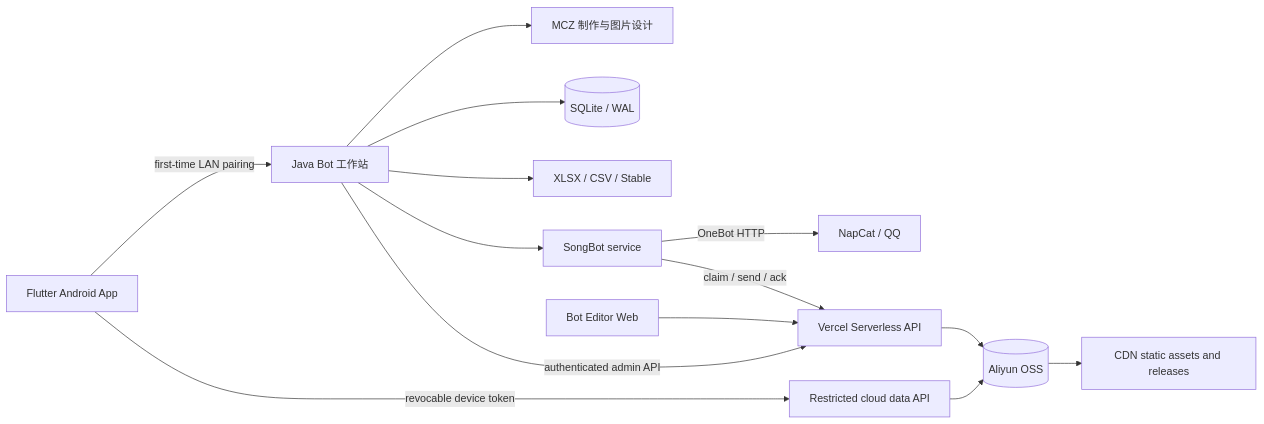
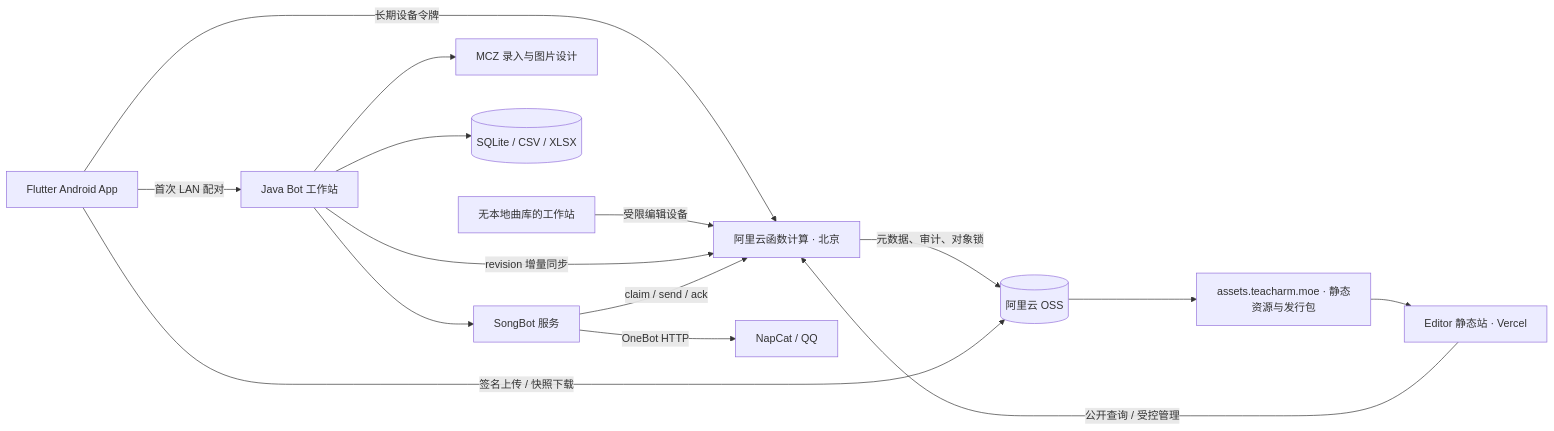
Before and after one commit to Liccha/Bot-Workstation: the diagram in README.md, drawn with Mermaid. The commit also changed other lines of this file and 107 other files, not shown here.

Commit message:
Update public architecture to domestic cloud data plane

````diff
--- a/README.md
+++ b/README.md
@@ -21,16 +23,17 @@
 ```mermaid
 flowchart LR
-    Mobile[Flutter Android App] -->|first-time LAN pairing| Workstation[Java Bot 工作站]
-    Mobile -->|revocable device token| MobileAPI[Restricted cloud data API]
-    MobileAPI --> OSS
-    Workstation --> MCZ[MCZ 制作与图片设计]
-    Workstation --> SQLite[(SQLite / WAL)]
-    Workstation --> Stable[XLSX / CSV / Stable]
-    Workstation --> SongBot[SongBot service]
+    Mobile[Flutter Android App] -->|首次 LAN 配对| Workstation[Java Bot 工作站]
+    Mobile -->|长期设备令牌| FC[阿里云函数计算 · 北京]
+    Web[Editor 静态站 · Vercel] -->|公开查询 / 受控管理| FC
+    Portable[无本地曲库的工作站] -->|受限编辑设备| FC
+    Workstation --> MCZ[MCZ 录入与图片设计]
+    Workstation --> Local[(SQLite / CSV / XLSX)]
+    Workstation -->|revision 增量同步| FC
+    Workstation --> SongBot[SongBot 服务]
     SongBot -->|OneBot HTTP| NapCat[NapCat / QQ]
-    Web[Bot Editor Web] --> API[Vercel Serverless API]
-    Workstation -->|authenticated admin API| API
-    SongBot -->|claim / send / ack| API
-    API --> OSS[(Aliyun OSS)]
-    OSS --> CDN[CDN static assets and releases]
+    SongBot -->|claim / send / ack| FC
+    FC -->|元数据、审计、对象锁| OSS[(阿里云 OSS)]
+    Mobile -->|签名上传 / 快照下载| OSS
+    OSS --> CDN[assets.teacharm.moe · 静态资源与发行包]
+    CDN --> Web
 ```
````
